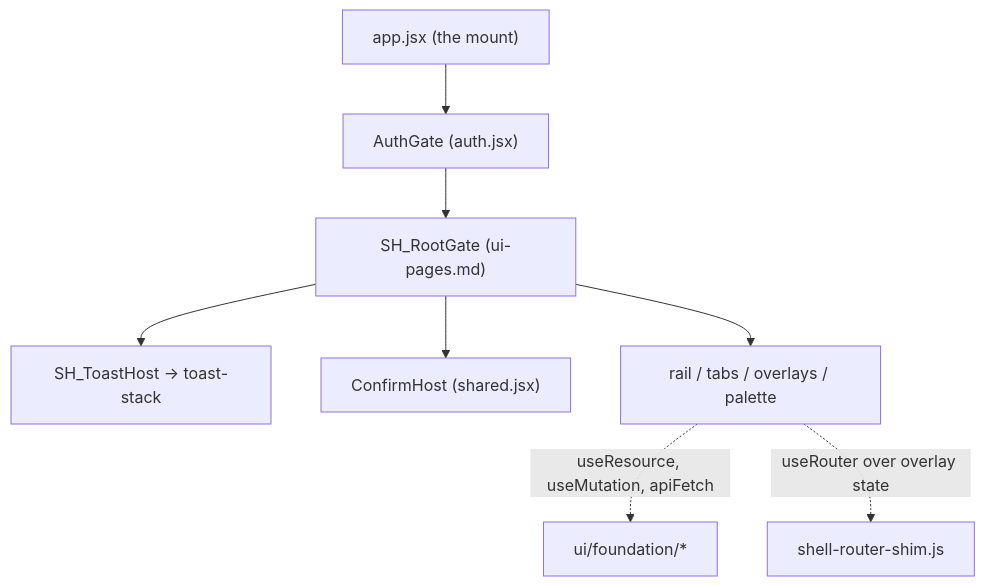
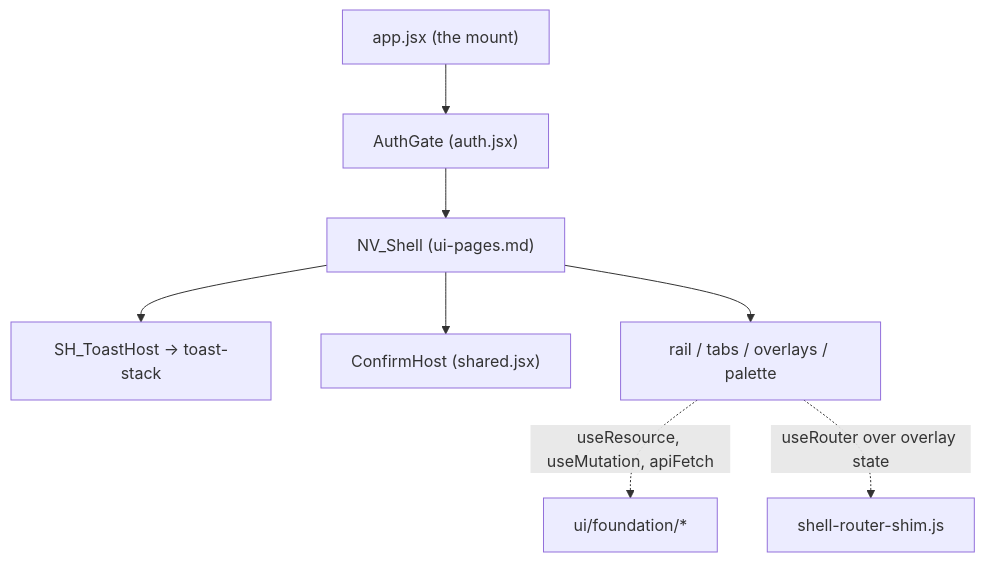
The first of 2 diagrams in docs/dev/subsystems/ui-foundation.md (primerhq/primer), drawn with Mermaid before and after one commit. The commit also changed other lines of this file and 1 other file, not shown here.

````diff
--- a/docs/dev/subsystems/ui-foundation.md
+++ b/docs/dev/subsystems/ui-foundation.md
@@ -19,10 +19,10 @@
 ```mermaid
 graph TD
     App["app.jsx (the mount)"] --> Auth["AuthGate (auth.jsx)"]
-    Auth --> Shell["SH_RootGate (ui-pages.md)"]
+    Auth --> Shell["NV_Shell (ui-pages.md)"]
     Shell --> Toasts["SH_ToastHost -> toast-stack"]
     Shell --> Confirm["ConfirmHost (shared.jsx)"]
     Shell --> Surfaces["rail / tabs / overlays / palette"]
     Surfaces -. "useResource, useMutation, apiFetch" .-> Found["ui/foundation/*"]
     Surfaces -. "useRouter over overlay state" .-> Shim["shell-router-shim.js"]
 ```
````
